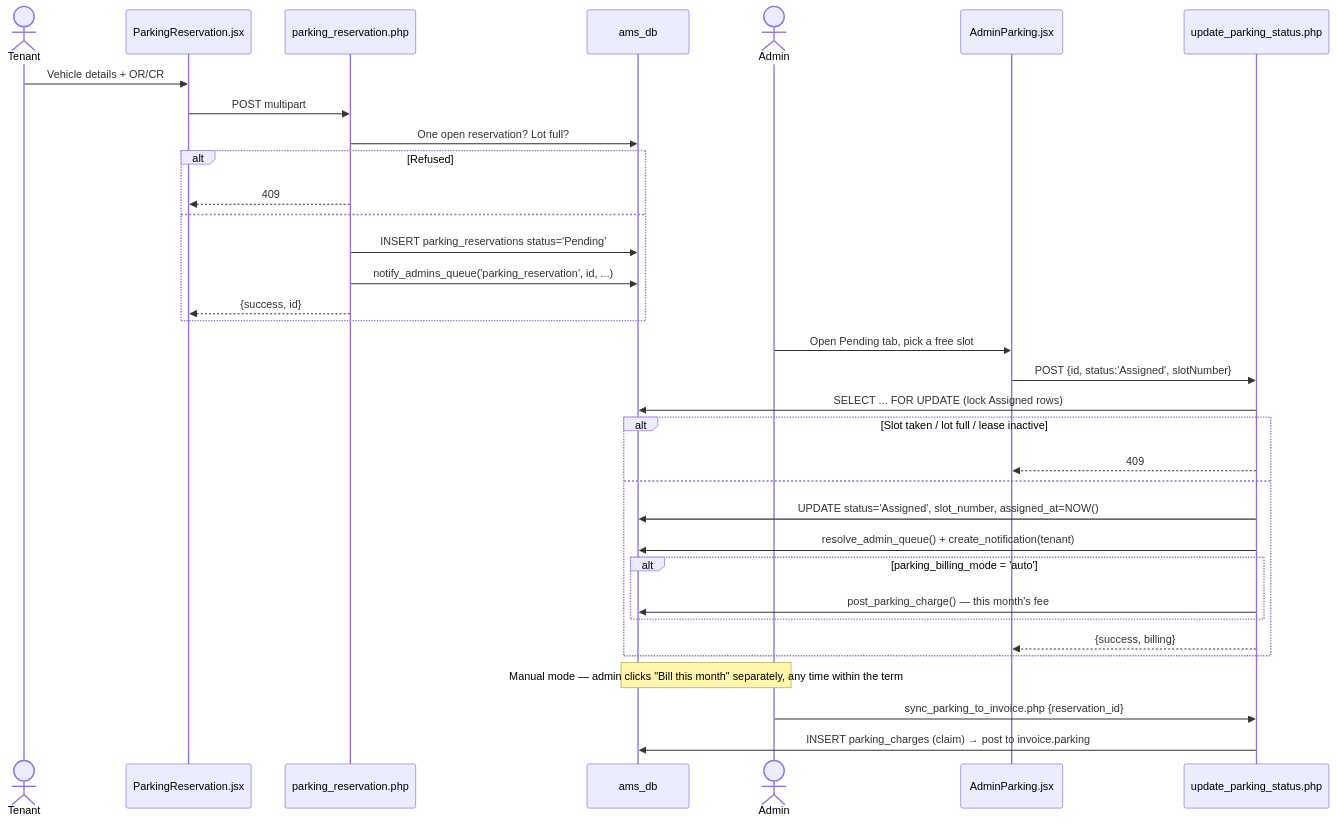
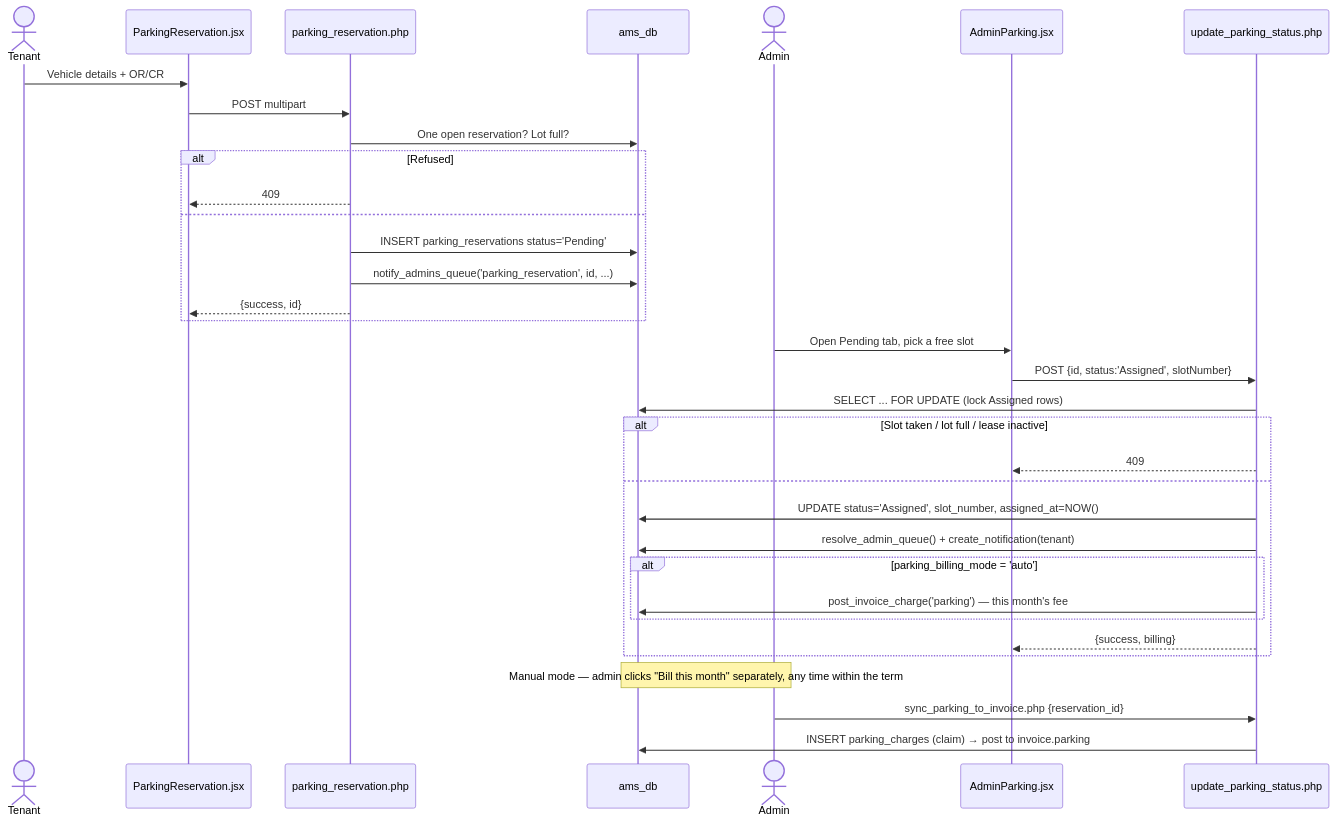
Diagram 28 of 36 in docs/documentation/module_verification_guide.md (Keonbe/ApartmentManagementSystem_React), drawn with Mermaid before and after one commit. The commit also changed other lines of this file and 17 other files, not shown here.

First line of the commit message:
refactor(billing): one post/reverse module for service, maintenance and parking charges

````diff
--- a/docs/documentation/module_verification_guide.md
+++ b/docs/documentation/module_verification_guide.md
@@ -2375,39 +2375,39 @@
 ```mermaid
 sequenceDiagram
     actor T as Tenant
     participant PR as ParkingReservation.jsx
     participant P as parking_reservation.php
     participant DB as ams_db
     actor A as Admin
     participant AP as AdminParking.jsx
     participant U as update_parking_status.php
 
     T->>PR: Vehicle details + OR/CR
     PR->>P: POST multipart
     P->>DB: One open reservation? Lot full?
     alt Refused
         P-->>PR: 409
     else
         P->>DB: INSERT parking_reservations status='Pending'
         P->>DB: notify_admins_queue('parking_reservation', id, ...)
         P-->>PR: {success, id}
     end
 
     A->>AP: Open Pending tab, pick a free slot
     AP->>U: POST {id, status:'Assigned', slotNumber}
     U->>DB: SELECT ... FOR UPDATE (lock Assigned rows)
     alt Slot taken / lot full / lease inactive
         U-->>AP: 409
     else
         U->>DB: UPDATE status='Assigned', slot_number, assigned_at=NOW()
         U->>DB: resolve_admin_queue() + create_notification(tenant)
         alt parking_billing_mode = 'auto'
-            U->>DB: post_parking_charge() — this month's fee
+            U->>DB: post_invoice_charge('parking') — this month's fee
         end
         U-->>AP: {success, billing}
     end
 
     Note over A,DB: Manual mode — admin clicks "Bill this month" separately, any time within the term
     A->>U: sync_parking_to_invoice.php {reservation_id}
     U->>DB: INSERT parking_charges (claim) → post to invoice.parking
 ```
````
